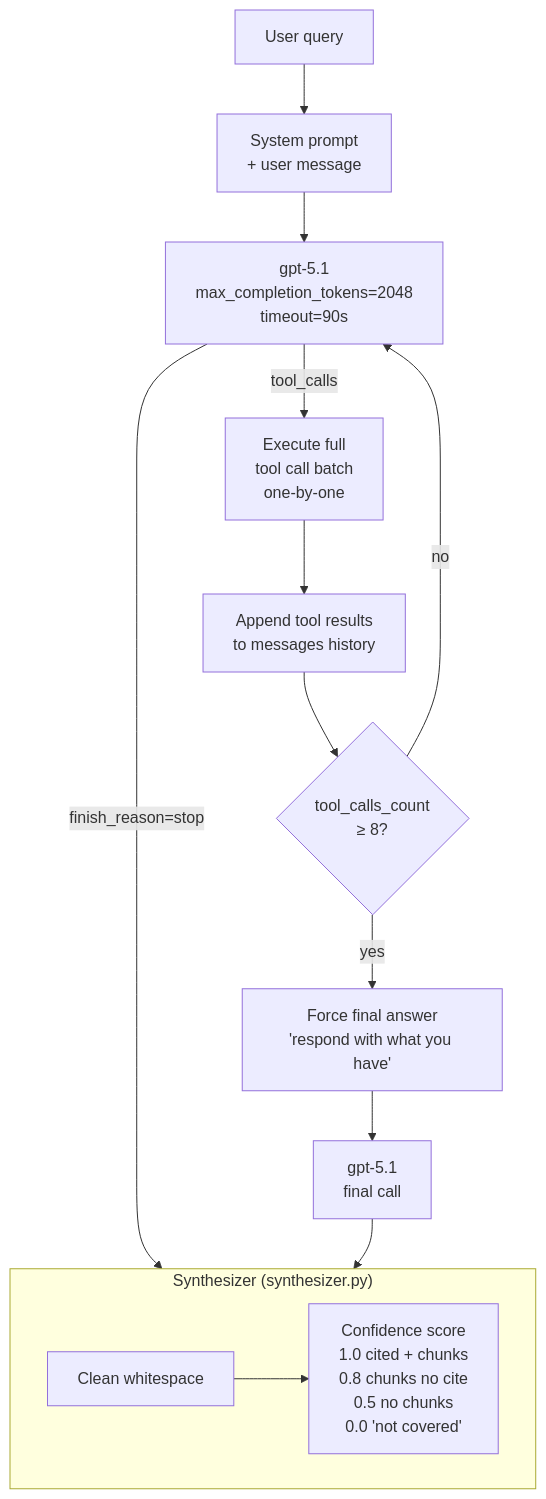
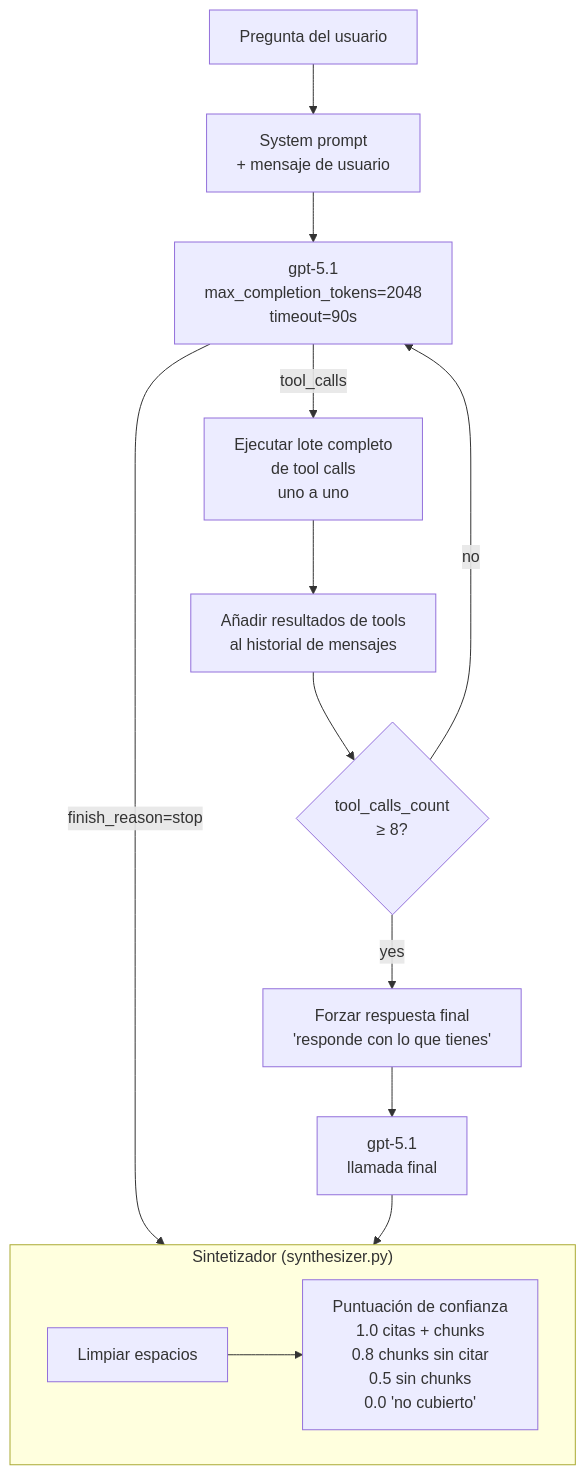
The fifth of 7 diagrams in README.md (carreroguille-dev/cyber-rag), drawn with Mermaid before and after one commit. The commit also changed other lines of this file, not shown here.

````diff
--- a/README.md
+++ b/README.md
@@ -170,19 +170,19 @@
 ```mermaid
 flowchart TD
-    Q[User query] --> sys[System prompt\n+ user message]
+    Q[Pregunta del usuario] --> sys[System prompt\n+ mensaje de usuario]
     sys --> llm["gpt-5.1\nmax_completion_tokens=2048\ntimeout=90s"]
 
-    llm -->|finish_reason=stop| synth[Synthesizer]
-    llm -->|tool_calls| batch["Execute full\ntool call batch\none-by-one"]
+    llm -->|finish_reason=stop| synth[Sintetizador]
+    llm -->|tool_calls| batch["Ejecutar lote completo\nde tool calls\nuno a uno"]
 
-    batch --> append["Append tool results\nto messages history"]
+    batch --> append["Añadir resultados de tools\nal historial de mensajes"]
     append --> check{tool_calls_count\n≥ 8?}
     check -->|no| llm
-    check -->|yes| force["Force final answer\n'respond with what you have'"]
-    force --> llm2["gpt-5.1\nfinal call"] --> synth
+    check -->|yes| force["Forzar respuesta final\n'responde con lo que tienes'"]
+    force --> llm2["gpt-5.1\nllamada final"] --> synth
 
-    subgraph synth["Synthesizer (synthesizer.py)"]
-        clean[Clean whitespace] --> conf
-        conf["Confidence score\n1.0 cited + chunks\n0.8 chunks no cite\n0.5 no chunks\n0.0 'not covered'"]
+    subgraph synth["Sintetizador (synthesizer.py)"]
+        clean[Limpiar espacios] --> conf
+        conf["Puntuación de confianza\n1.0 citas + chunks\n0.8 chunks sin citar\n0.5 sin chunks\n0.0 'no cubierto'"]
     end
 ```
````
